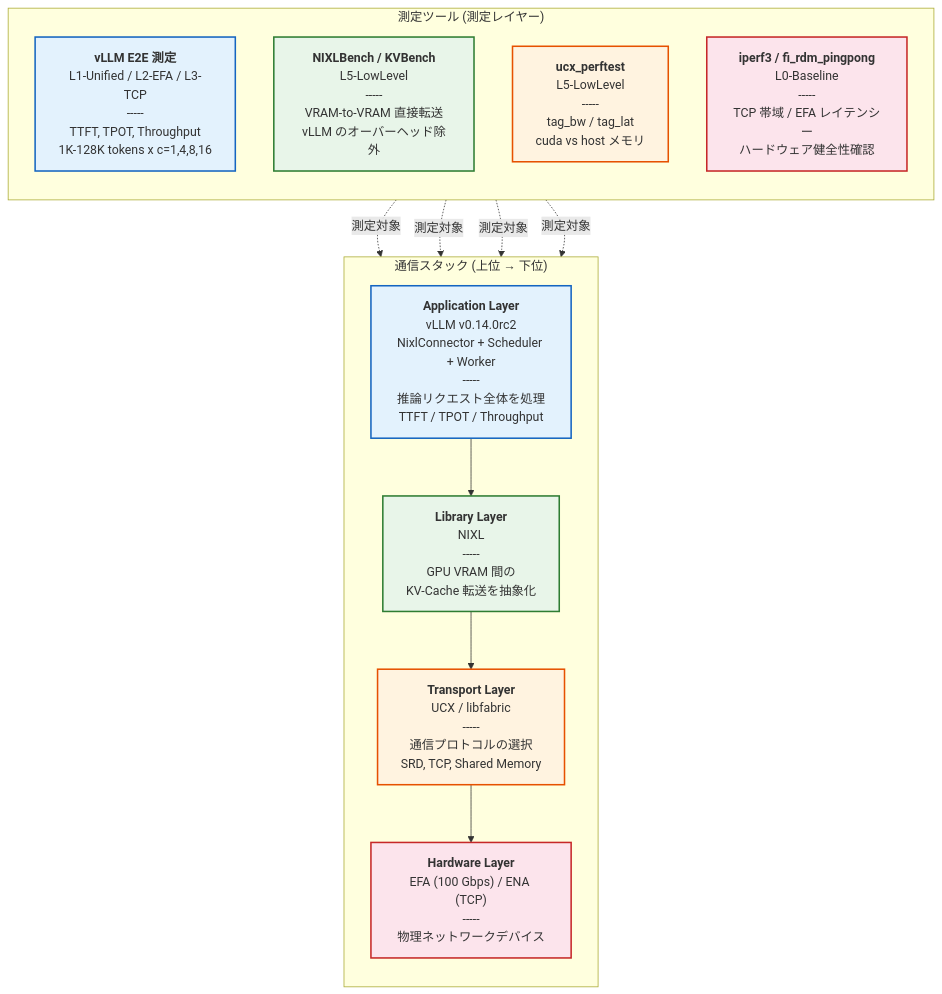
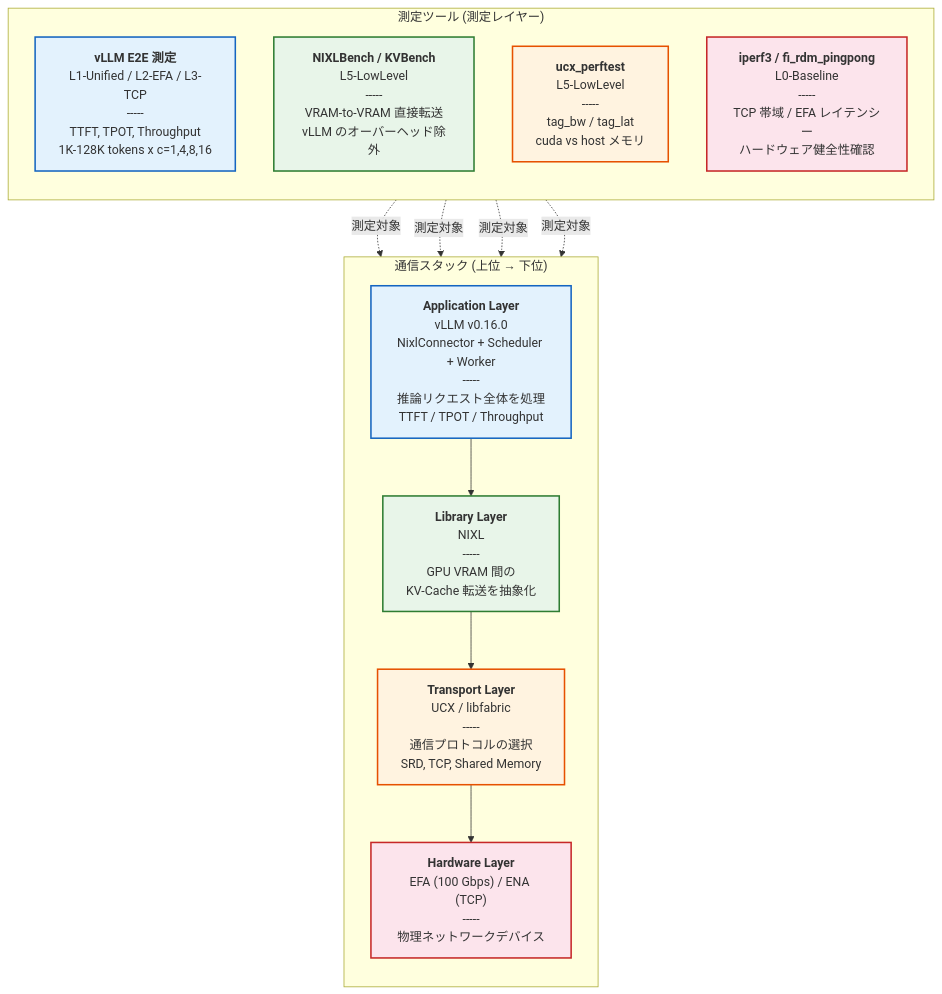
Before and after one commit to littlemex/zenn: the eighth of 14 diagrams in articles/3dd524130320d3.md, drawn with Mermaid. The commit also changed other lines of this file, not shown here.

````diff
--- a/articles/3dd524130320d3.md
+++ b/articles/3dd524130320d3.md
@@ -353,35 +349,35 @@
 ```mermaid
 graph TB
     subgraph STACK["通信スタック (上位 → 下位)"]
         direction TB
-        APP["<b>Application Layer</b><br/>vLLM v0.14.0rc2<br/>NixlConnector + Scheduler + Worker<br/>-----<br/>推論リクエスト全体を処理<br/>TTFT / TPOT / Throughput"]
+        APP["<b>Application Layer</b><br/>vLLM v0.16.0<br/>NixlConnector + Scheduler + Worker<br/>-----<br/>推論リクエスト全体を処理<br/>TTFT / TPOT / Throughput"]
         LIB["<b>Library Layer</b><br/>NIXL<br/>-----<br/>GPU VRAM 間の<br/>KV-Cache 転送を抽象化"]
         TRANS["<b>Transport Layer</b><br/>UCX / libfabric<br/>-----<br/>通信プロトコルの選択<br/>SRD, TCP, Shared Memory"]
         HW["<b>Hardware Layer</b><br/>EFA (100 Gbps) / ENA (TCP)<br/>-----<br/>物理ネットワークデバイス"]
         APP --> LIB
         LIB --> TRANS
         TRANS --> HW
     end
 
     subgraph TOOLS["測定ツール (測定レイヤー)"]
         direction TB
         T_E2E["<b>vLLM E2E 測定</b><br/>L1-Unified / L2-EFA / L3-TCP<br/>-----<br/>TTFT, TPOT, Throughput<br/>1K-128K tokens x c=1,4,8,16"]
         T_NIXL["<b>NIXLBench / KVBench</b><br/>L5-LowLevel<br/>-----<br/>VRAM-to-VRAM 直接転送<br/>vLLM のオーバーヘッド除外"]
         T_UCX["<b>ucx_perftest</b><br/>L5-LowLevel<br/>-----<br/>tag_bw / tag_lat<br/>cuda vs host メモリ"]
         T_BASE["<b>iperf3 / fi_rdm_pingpong</b><br/>L0-Baseline<br/>-----<br/>TCP 帯域 / EFA レイテンシー<br/>ハードウェア健全性確認"]
     end
 
     T_E2E -.->|"測定対象"| APP
     T_NIXL -.->|"測定対象"| LIB
     T_UCX -.->|"測定対象"| TRANS
     T_BASE -.->|"測定対象"| HW
 
     style APP fill: #e3f2fd,stroke: #1565c0,stroke-width:2px
     style LIB fill: #e8f5e9,stroke: #2e7d32,stroke-width:2px
     style TRANS fill: #fff3e0,stroke: #e65100,stroke-width:2px
     style HW fill: #fce4ec,stroke: #c62828,stroke-width:2px
     style T_E2E fill: #e3f2fd,stroke: #1565c0,stroke-width:2px
     style T_NIXL fill: #e8f5e9,stroke: #2e7d32,stroke-width:2px
     style T_UCX fill: #fff3e0,stroke: #e65100,stroke-width:2px
     style T_BASE fill: #fce4ec,stroke: #c62828,stroke-width:2px
 ```
````
